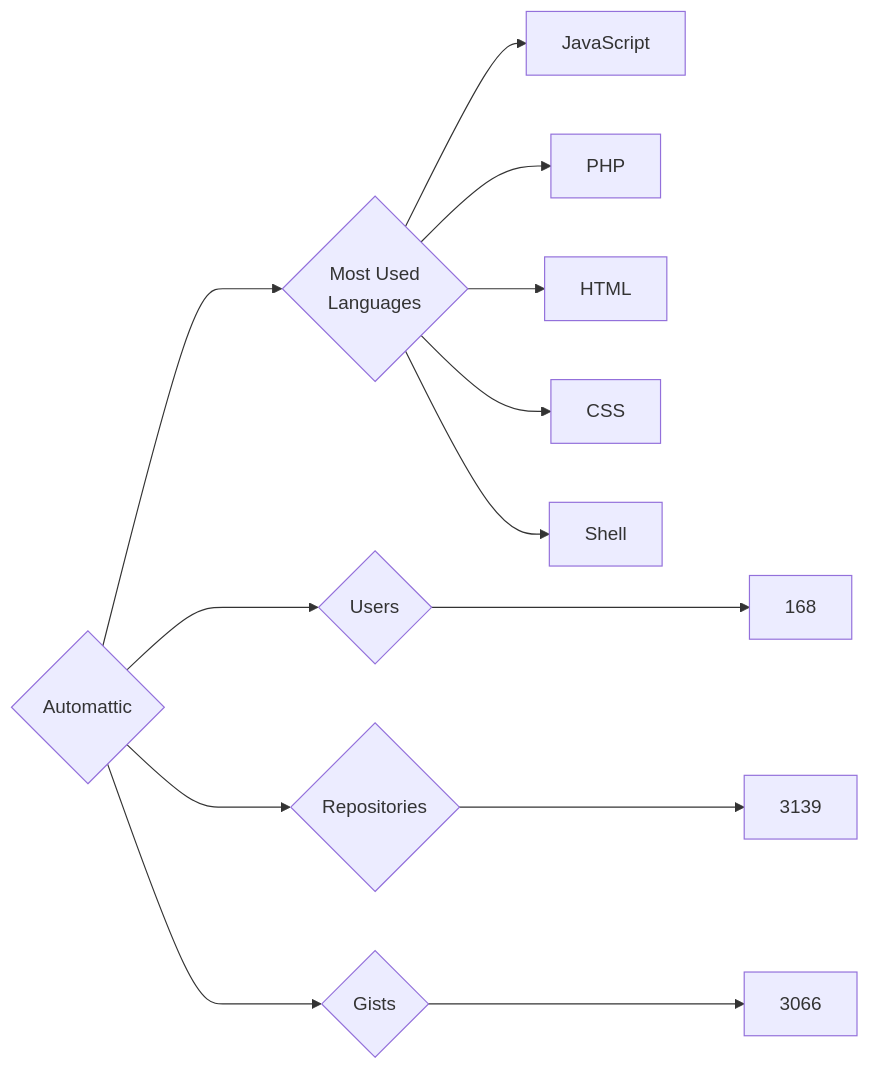
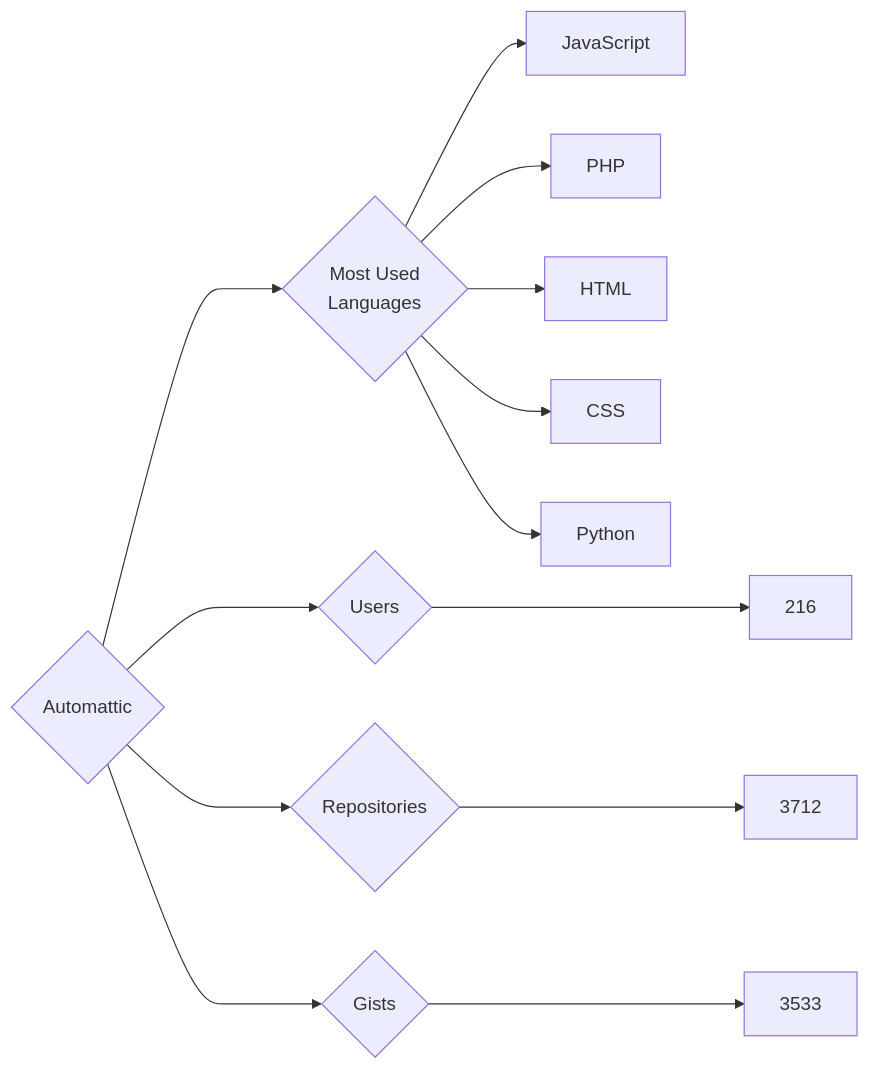
Before and after one commit to trickest/insiders: the diagram in targets/Automattic/README.md, drawn with Mermaid. The commit also changed 757 other files, not shown here.

````diff
--- a/targets/Automattic/README.md
+++ b/targets/Automattic/README.md
@@ -3,13 +3,13 @@
 ```mermaid
 graph LR
 COMPANY_NAME{Automattic}
-COMPANY_NAME ---> U{Users} ---> UN[168]
-COMPANY_NAME ---> R{Repositories} ---> RN[3139]
-COMPANY_NAME ---> G{Gists} ---> GN[3066]
+COMPANY_NAME ---> U{Users} ---> UN[216]
+COMPANY_NAME ---> R{Repositories} ---> RN[3712]
+COMPANY_NAME ---> G{Gists} ---> GN[3533]
 COMPANY_NAME ---> ML{Most Used<br>Languages}
 ML --> JavaScript[JavaScript]
 ML --> PHP[PHP]
 ML --> HTML[HTML]
 ML --> CSS[CSS]
-ML --> Shell[Shell]
+ML --> Python[Python]
 ```
````
